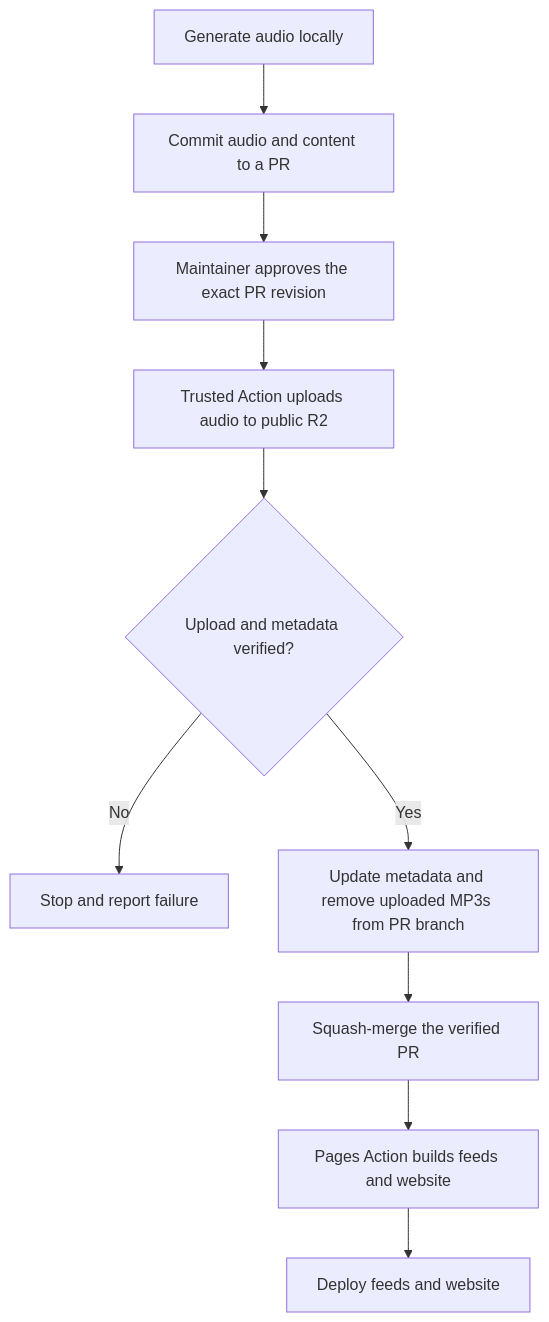
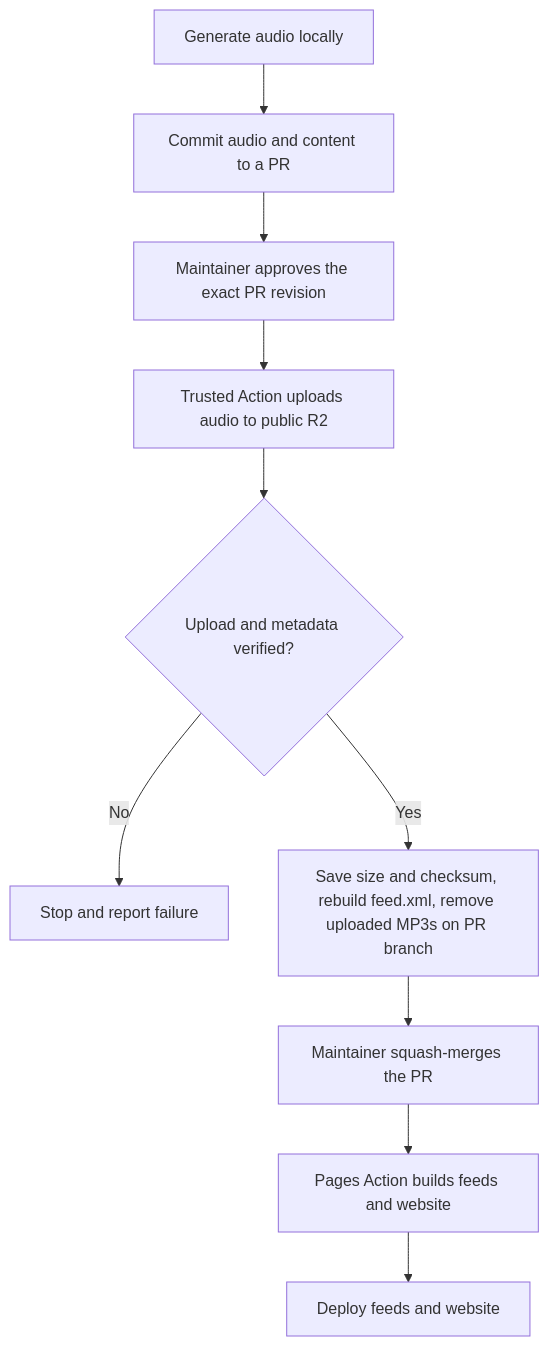
Before and after one commit to trusohamn/repeto: the diagram in docs/deploy.md, drawn with Mermaid. The commit also changed other lines of this file and 3 other files, not shown here.

````diff
--- a/docs/deploy.md
+++ b/docs/deploy.md
@@ -8,12 +8,12 @@
 ```mermaid
 flowchart TD
     A["Generate audio locally"] --> B["Commit audio and content to a PR"]
     B --> C["Maintainer approves the exact PR revision"]
     C --> D["Trusted Action uploads audio to public R2"]
     D --> E{"Upload and metadata verified?"}
     E -- No --> F["Stop and report failure"]
-    E -- Yes --> G["Update metadata and remove uploaded MP3s from PR branch"]
-    G --> H["Squash-merge the verified PR"]
+    E -- Yes --> G["Save size and checksum, rebuild feed.xml, remove uploaded MP3s on PR branch"]
+    G --> H["Maintainer squash-merges the PR"]
     H --> I["Pages Action builds feeds and website"]
     I --> J["Deploy feeds and website"]
 ```
````
